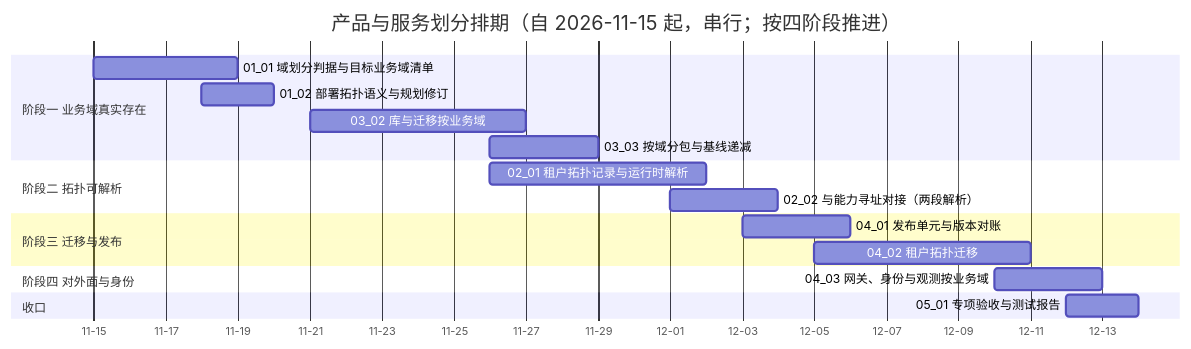
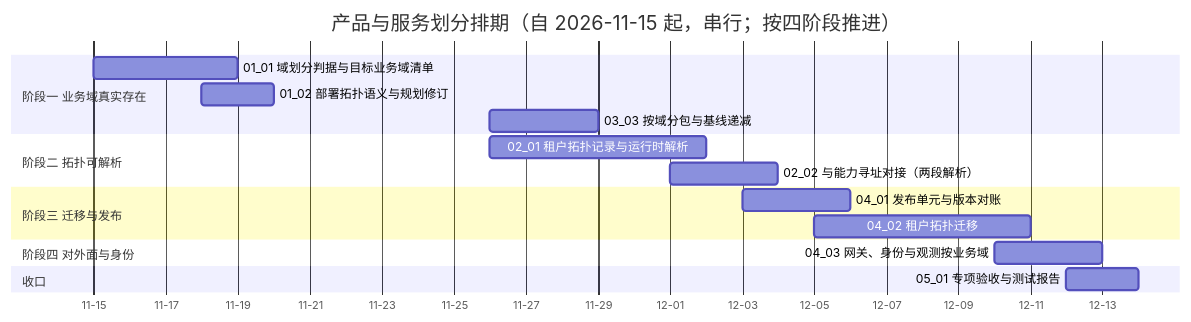
One commit to minjian123/basic-management-system changed the diagram in bms文档/项目/07C_产品与服务划分/计划/01_计划_产品与服务划分.md. Above: the diagram before and after it, drawn with Mermaid. The commit also changed other lines of this file and 3 other files, not shown here.

````diff
--- a/bms文档/项目/07C_产品与服务划分/计划/01_计划_产品与服务划分.md
+++ b/bms文档/项目/07C_产品与服务划分/计划/01_计划_产品与服务划分.md
@@ -46,21 +46,20 @@
 ```mermaid
 gantt
     title 产品与服务划分排期（自 2026-11-15 起，串行；按四阶段推进）
     dateFormat  YYYY-MM-DD
     axisFormat %m-%d
     section 阶段一 业务域真实存在
     01_01 域划分判据与目标业务域清单 :c0101, 2026-11-15, 4d
     01_02 部署拓扑语义与规划修订 :c0102, 2026-11-18, 2d
-    03_02 库与迁移按业务域 :c0302, 2026-11-21, 6d
     03_03 按域分包与基线递减 :c0303, 2026-11-26, 3d
     section 阶段二 拓扑可解析
     02_01 租户拓扑记录与运行时解析 :c0201, 2026-11-26, 6d
     02_02 与能力寻址对接（两段解析） :c0202, 2026-12-01, 3d
     section 阶段三 迁移与发布
     04_01 发布单元与版本对账 :c0401, 2026-12-03, 3d
     04_02 租户拓扑迁移 :c0402, 2026-12-05, 6d
     section 阶段四 对外面与身份
     04_03 网关、身份与观测按业务域 :c0403, 2026-12-10, 3d
     section 收口
     05_01 专项验收与测试报告 :c0501, 2026-12-12, 2d
 ```
````
